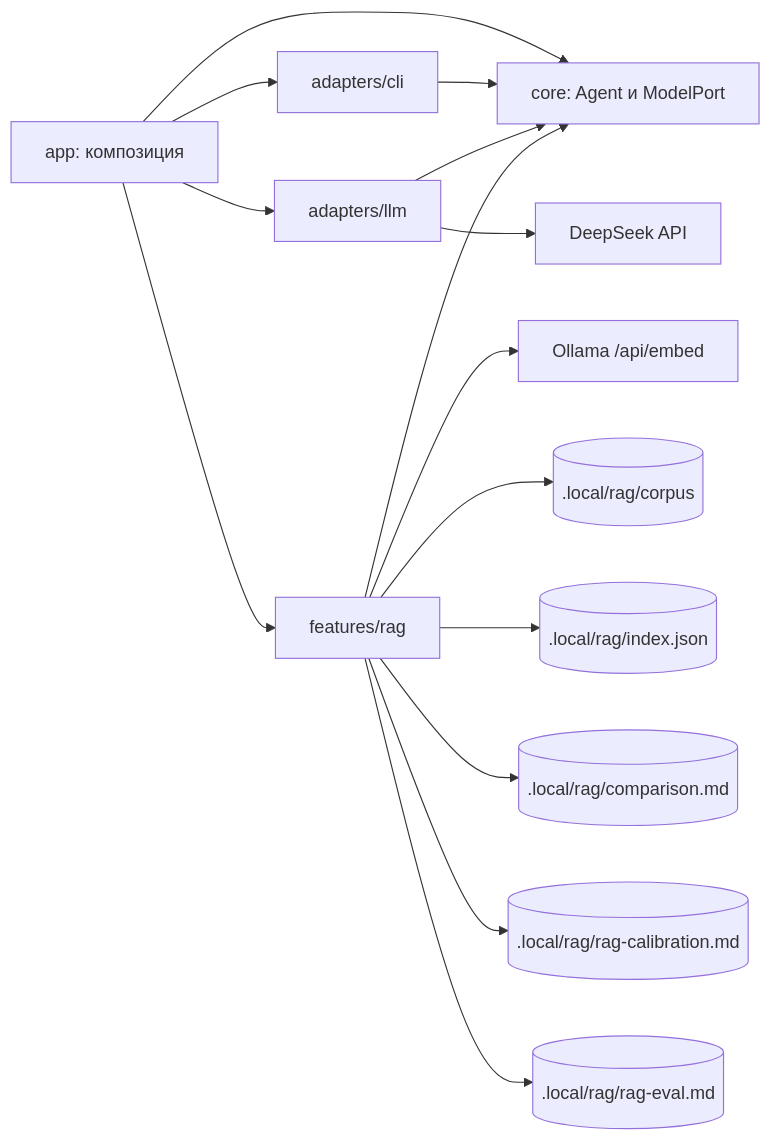
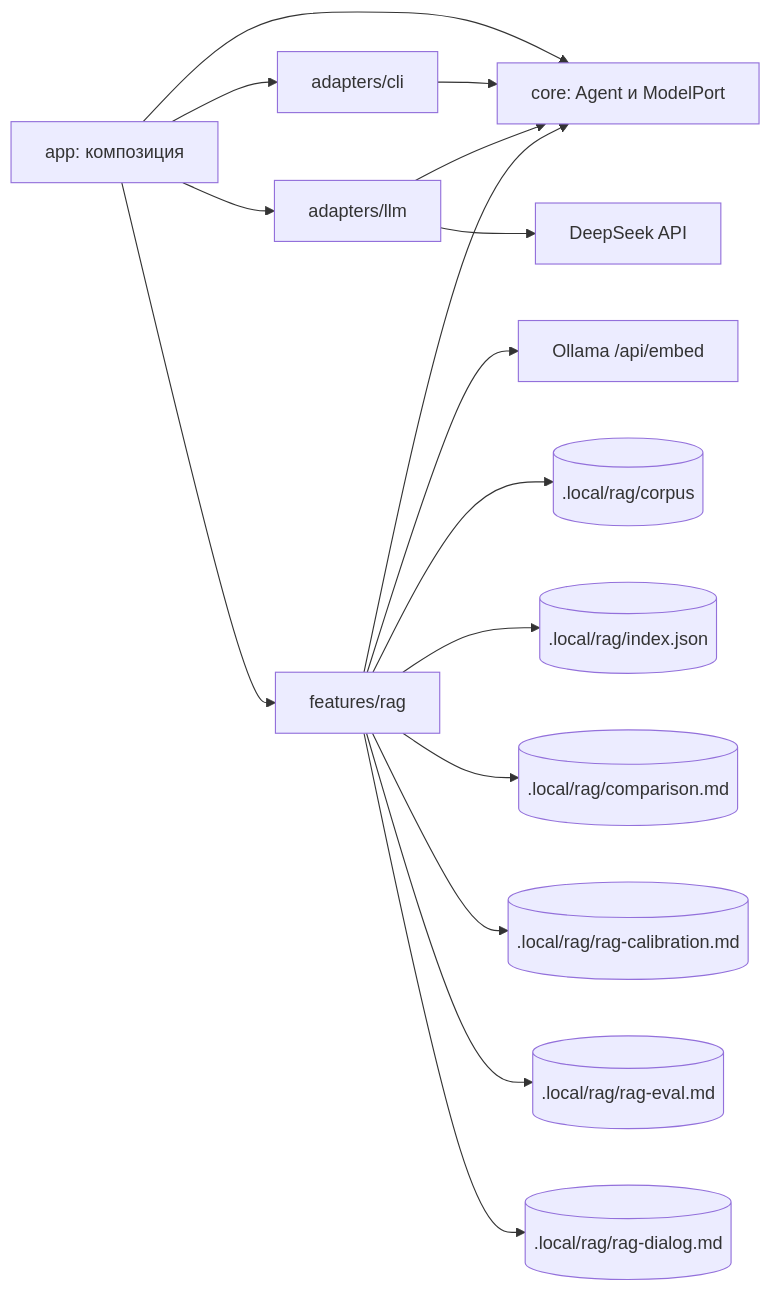
Before and after one commit to maxonmars/rag-lab: the diagram in ARCHITECTURE.md, drawn with Mermaid. The commit also changed other lines of this file and 68 other files, not shown here.

First line of the commit message:
Add RAG chat with dialog history and task memory

````diff
--- a/ARCHITECTURE.md
+++ b/ARCHITECTURE.md
@@ -9,17 +9,18 @@
 ```mermaid
 flowchart LR
     App[app: композиция] --> Core[core: Agent и ModelPort]
     App --> CLI[adapters/cli]
     App --> LLM[adapters/llm]
     App --> Rag[features/rag]
     CLI --> Core
     LLM --> Core
     LLM --> DeepSeek[DeepSeek API]
     Rag --> Core
     Rag --> Ollama[Ollama /api/embed]
     Rag --> Corpus[(.local/rag/corpus)]
     Rag --> Index[(.local/rag/index.json)]
     Rag --> Report[(.local/rag/comparison.md)]
     Rag --> Calibration[(.local/rag/rag-calibration.md)]
     Rag --> EvalReport[(.local/rag/rag-eval.md)]
+    Rag --> DialogReport[(.local/rag/rag-dialog.md)]
 ```
````
